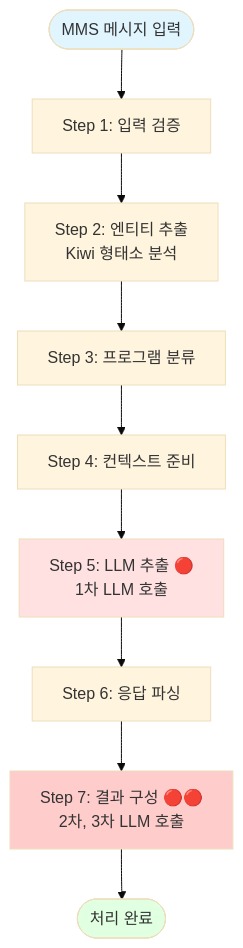
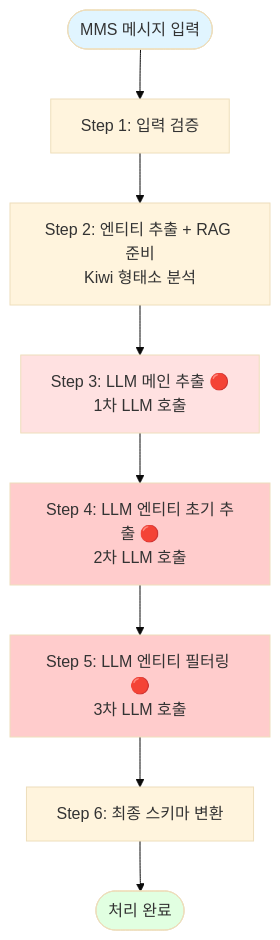
The diagram in mms_extractor_exp/docs/WORKFLOW_EXECUTIVE_SUMMARY.md (yonggoghi/AgenticWorkflow), drawn with Mermaid (base theme) before and after one commit. The commit also changed other lines of this file and 6 other files, not shown here.

````diff
--- a/mms_extractor_exp/docs/WORKFLOW_EXECUTIVE_SUMMARY.md
+++ b/mms_extractor_exp/docs/WORKFLOW_EXECUTIVE_SUMMARY.md
@@ -41,16 +46,16 @@
 ```mermaid
 graph TB
     START([MMS 메시지 입력]) --> STEP1[Step 1: 입력 검증]
-    STEP1 --> STEP2[Step 2: 엔티티 추출<br/>Kiwi 형태소 분석]
-    STEP2 --> STEP3[Step 3: 프로그램 분류]
-    STEP3 --> STEP4[Step 4: 컨텍스트 준비]
-    STEP4 --> STEP5[Step 5: LLM 추출 🔴<br/>1차 LLM 호출]
-    STEP5 --> STEP6[Step 6: 응답 파싱]
-    STEP6 --> STEP7[Step 7: 결과 구성 🔴🔴<br/>2차, 3차 LLM 호출]
-    STEP7 --> END([처리 완료])
+    STEP1 --> STEP2[Step 2: 엔티티 추출 + RAG 준비<br/>Kiwi 형태소 분석]
+    STEP2 --> STEP3[Step 3: LLM 메인 추출 🔴<br/>1차 LLM 호출]
+    STEP3 --> STEP4[Step 4: LLM 엔티티 초기 추출 🔴<br/>2차 LLM 호출]
+    STEP4 --> STEP5[Step 5: LLM 엔티티 필터링 🔴<br/>3차 LLM 호출]
+    STEP5 --> STEP6[Step 6: 최종 스키마 변환]
+    STEP6 --> END([처리 완료])
     
     style START fill:#e1f5ff
-    style STEP5 fill:#ffe1e1
-    style STEP7 fill:#ffcccc
+    style STEP3 fill:#ffe1e1
+    style STEP4 fill:#ffcccc
+    style STEP5 fill:#ffcccc
     style END fill:#e1ffe1
 ```
````
